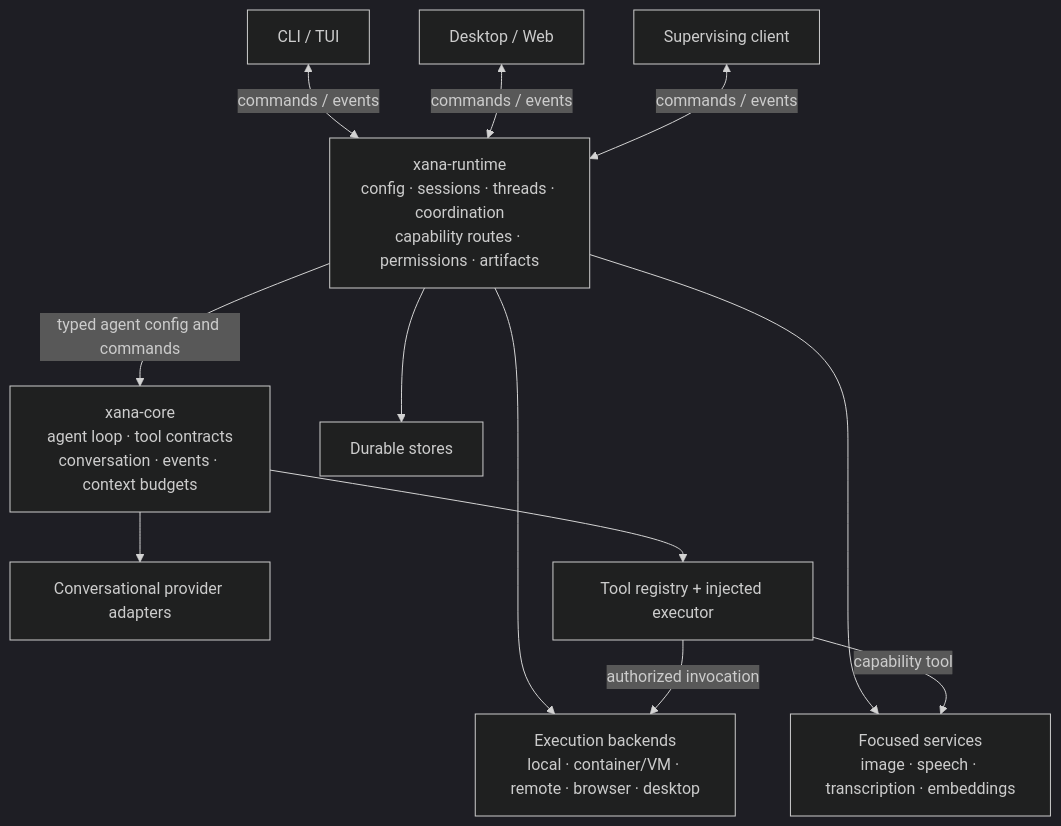
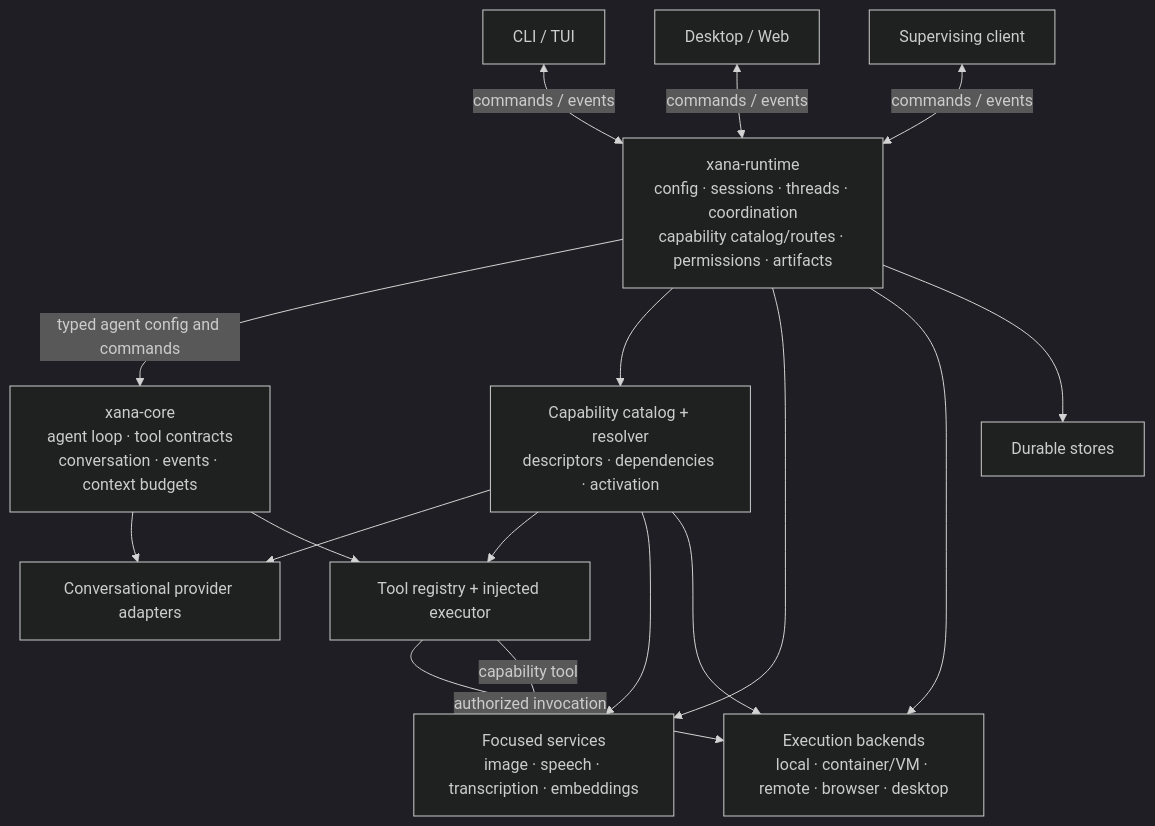
The first of 2 diagrams in docs/architecture/architecture.md (labcoder/xana), drawn with Mermaid (dark theme) before and after one commit. The commit also changed other lines of this file and 2 other files, not shown here.

````diff
--- a/docs/architecture/architecture.md
+++ b/docs/architecture/architecture.md
@@ -75,28 +75,34 @@
 ```mermaid
 flowchart TB
     CLI["CLI / TUI"]
     GUI["Desktop / Web"]
     CLIENT["Supervising client"]
 
-    RUNTIME["xana-runtime<br/>config · sessions · threads · coordination<br/>capability routes · permissions · artifacts"]
+    RUNTIME["xana-runtime<br/>config · sessions · threads · coordination<br/>capability catalog/routes · permissions · artifacts"]
     CORE["xana-core<br/>agent loop · tool contracts<br/>conversation · events · context budgets"]
+    CATALOG["Capability catalog + resolver<br/>descriptors · dependencies · activation"]
 
     PROVIDERS["Conversational provider adapters"]
     TOOLS["Tool registry + injected executor"]
     SERVICES["Focused services<br/>image · speech · transcription · embeddings"]
     EXECUTORS["Execution backends<br/>local · container/VM · remote · browser · desktop"]
     STORES["Durable stores"]
 
     CLI <-->|"commands / events"| RUNTIME
     GUI <-->|"commands / events"| RUNTIME
     CLIENT <-->|"commands / events"| RUNTIME
 
     RUNTIME -->|"typed agent config and commands"| CORE
+    RUNTIME --> CATALOG
+    CATALOG --> PROVIDERS
+    CATALOG --> TOOLS
+    CATALOG --> SERVICES
+    CATALOG --> EXECUTORS
     CORE --> PROVIDERS
     CORE --> TOOLS
     RUNTIME --> SERVICES
     RUNTIME --> EXECUTORS
     TOOLS -->|"authorized invocation"| EXECUTORS
     TOOLS -->|"capability tool"| SERVICES
     RUNTIME --> STORES
 ```
````
